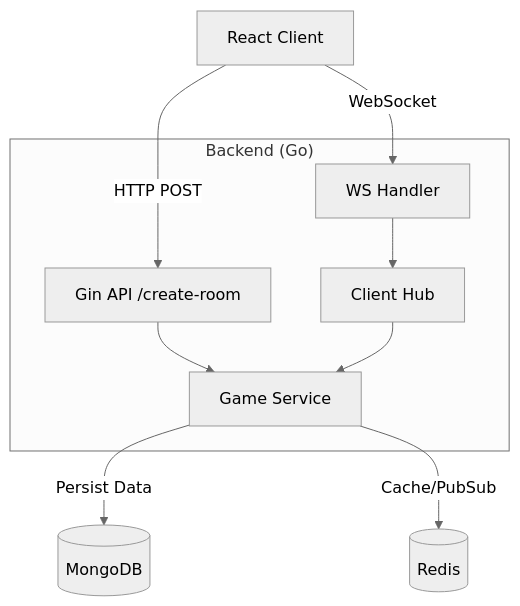
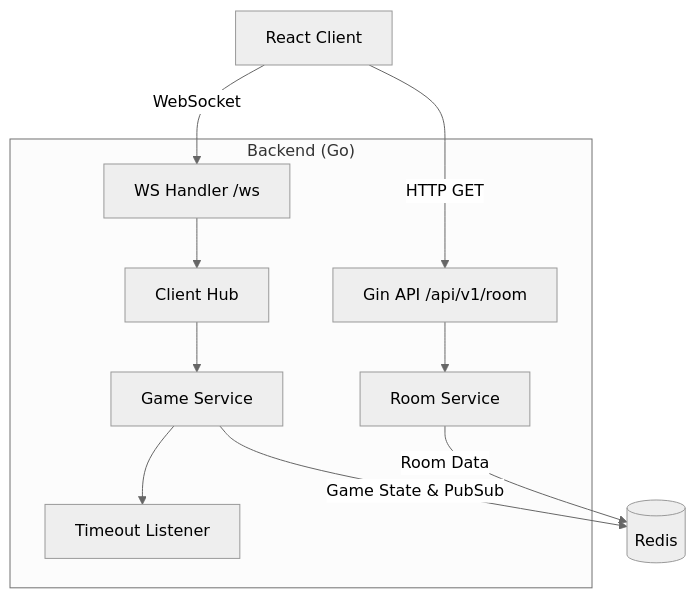
The diagram in README.md (Harish-Naruto/Space-Striker-Server), drawn with Mermaid (neutral theme) before and after one commit. The commit also changed other lines of this file, not shown here.

````diff
--- a/README.md
+++ b/README.md
@@ -24,15 +26,16 @@
 ```mermaid
 graph TD
-    Client[React Client] -->|HTTP POST| API[Gin API /create-room]
-    Client -->|WebSocket| WS[WS Handler]
+    Client[React Client] -->|HTTP GET| API[Gin API /api/v1/room]
+    Client -->|WebSocket| WS[WS Handler /ws]
 
     subgraph "Backend (Go)"
-        API --> Service[Game Service]
+        API --> Service[Room Service]
         WS --> Hub[Client Hub]
-        Hub --> Service
+        Hub --> GameService[Game Service]
+        GameService --> Timer[Timeout Listener]
     end
 
-    Service -->|Persist Data| Mongo[(MongoDB)]
-    Service -->|Cache/PubSub| Redis[(Redis)]
+    GameService -->|Game State & PubSub| Redis[(Redis)]
+    Service -->|Room Data| Redis
 
 ```
````
